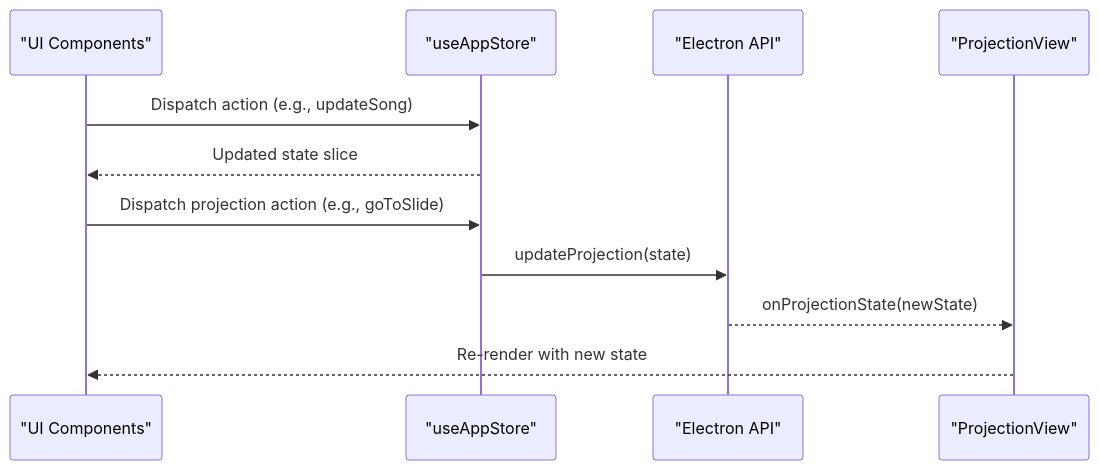
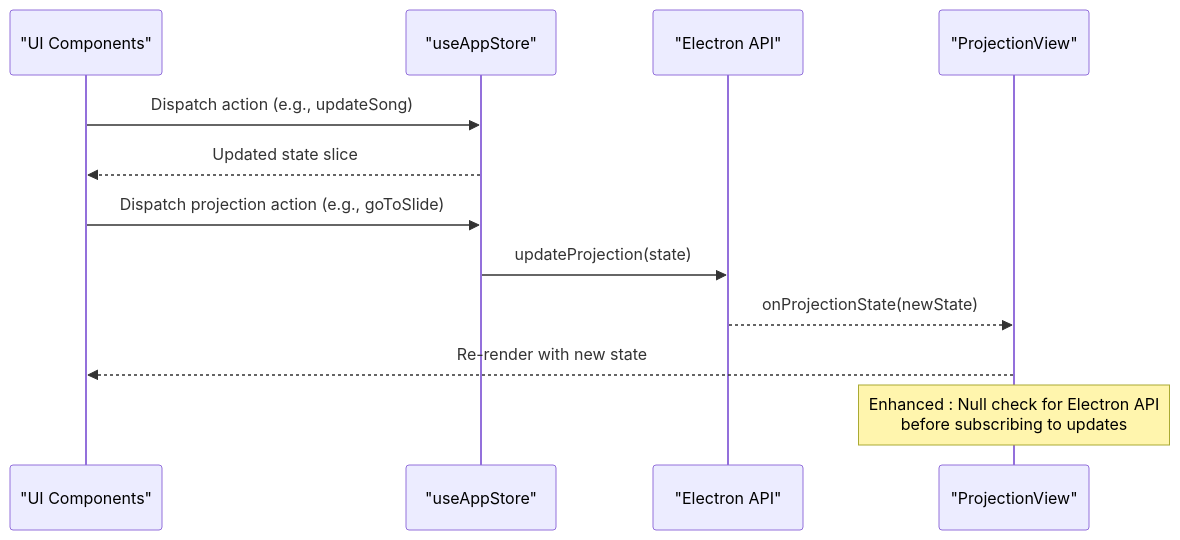
Before and after one commit to jimmywyk/lyricdeck: the second of 11 diagrams in .qoder/repowiki/en/content/API Reference/Component Interface API.md, drawn with Mermaid. The commit also changed other lines of this file and 9 other files, not shown here.

````diff
--- a/.qoder/repowiki/en/content/API Reference/Component Interface API.md
+++ b/.qoder/repowiki/en/content/API Reference/Component Interface API.md
@@ -248,13 +265,14 @@
 ```mermaid
 sequenceDiagram
 participant UI as "UI Components"
 participant Store as "useAppStore"
 participant Electron as "Electron API"
 participant PV as "ProjectionView"
 UI->>Store : Dispatch action (e.g., updateSong)
 Store-->>UI : Updated state slice
 UI->>Store : Dispatch projection action (e.g., goToSlide)
 Store->>Electron : updateProjection(state)
 Electron-->>PV : onProjectionState(newState)
 PV-->>UI : Re-render with new state
+Note over PV : Enhanced : Null check for Electron API<br/>before subscribing to updates
 ```
````
